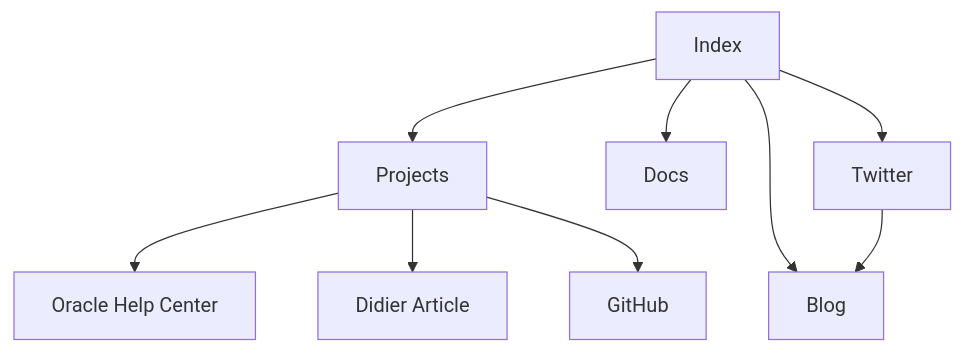
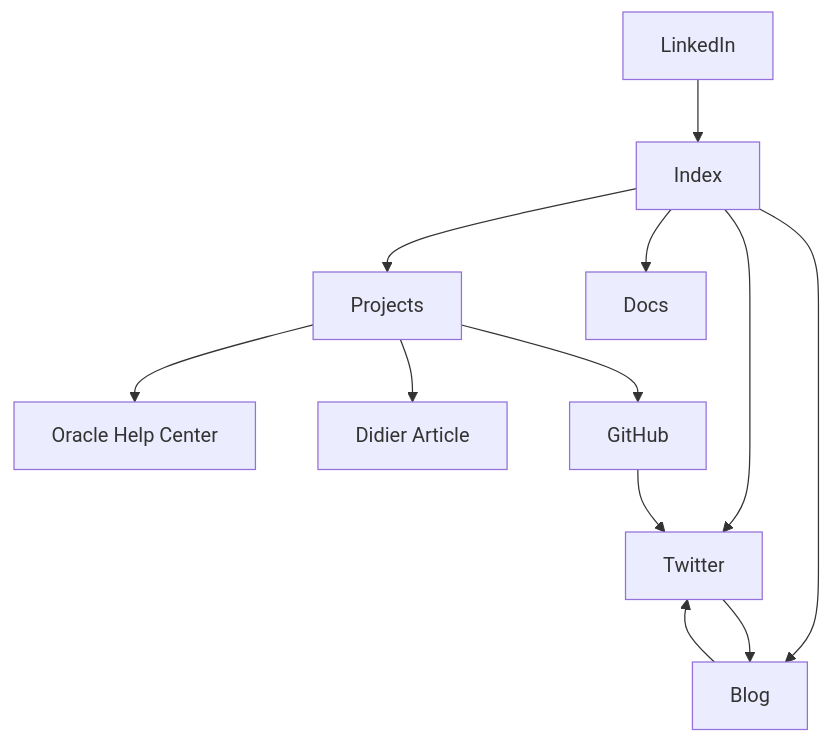
Before and after one commit to jack-walton/docs: the diagram in content/information-architecture/overview.mdx, drawn with Mermaid. The commit also changed other lines of this file, not shown here.

Commit message:
Update overview.mdx
Test on mobile

````diff
--- a/content/information-architecture/overview.mdx
+++ b/content/information-architecture/overview.mdx
@@ -16,11 +16,14 @@
 ```mermaid
 flowchart TD
+    LinkedIn --> Index
     Index --> Projects
     Index --> Blog
     Index --> Docs
     Index --> Twitter
     Projects --> OHC[Oracle Help Center]
     Projects --> BA[Didier Article]
     Projects --> GitHub
     Twitter --> Blog
+    GitHub --> Twitter
+    Blog --> Twitter
 ```
````
